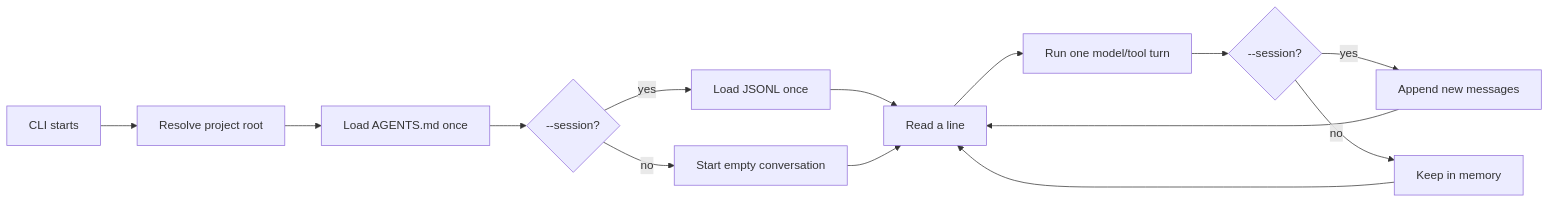
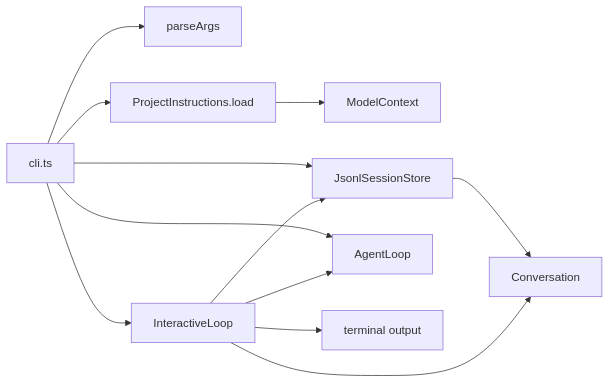
One commit to tykowale/ty-term changed the diagram in docs/book/10-build-a-tiny-interactive-loop.md. Above: the diagram before and after it, drawn with Mermaid. The commit also changed other lines of this file and 10 other files, not shown here.

````diff
--- a/docs/book/10-build-a-tiny-interactive-loop.md
+++ b/docs/book/10-build-a-tiny-interactive-loop.md
@@ -40,16 +69,14 @@
 ```mermaid
 flowchart LR
-  Start[CLI starts] --> Root[Resolve project root]
-  Root --> Agents[Load AGENTS.md once]
-  Agents --> Session{--session?}
-  Session -->|yes| Load[Load JSONL once]
-  Session -->|no| Empty[Start empty conversation]
-  Load --> Prompt[Read a line]
-  Empty --> Prompt
-  Prompt --> Turn[Run one model/tool turn]
-  Turn --> Append{--session?}
-  Append -->|yes| JSONL[Append new messages]
-  Append -->|no| Memory[Keep in memory]
-  JSONL --> Prompt
-  Memory --> Prompt
+  CLI[cli.ts] --> Args[parseArgs]
+  CLI --> Project[ProjectInstructions.load]
+  Project --> Context[ModelContext]
+  CLI --> Store[JsonlSessionStore]
+  Store --> Conversation[Conversation]
+  CLI --> Agent[AgentLoop]
+  CLI --> Loop[InteractiveLoop]
+  Loop --> Agent
+  Loop --> Store
+  Loop --> Conversation
+  Loop --> Output[terminal output]
 ```
````
